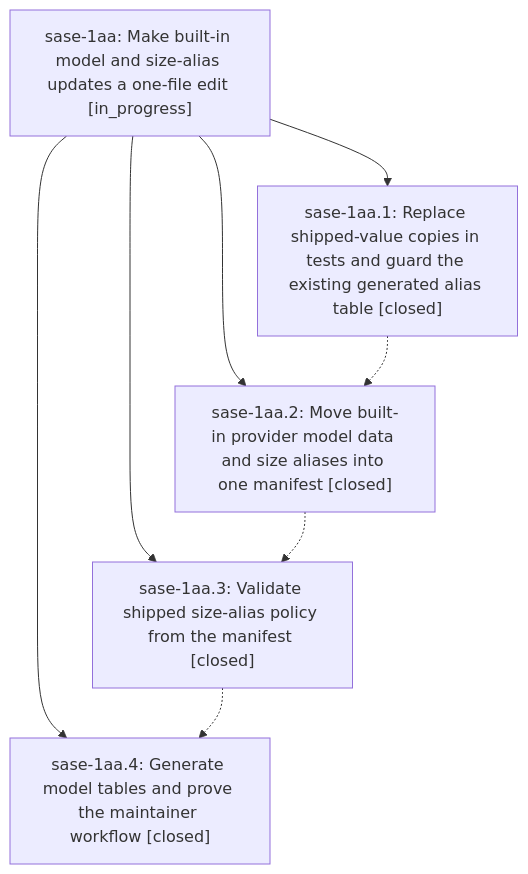
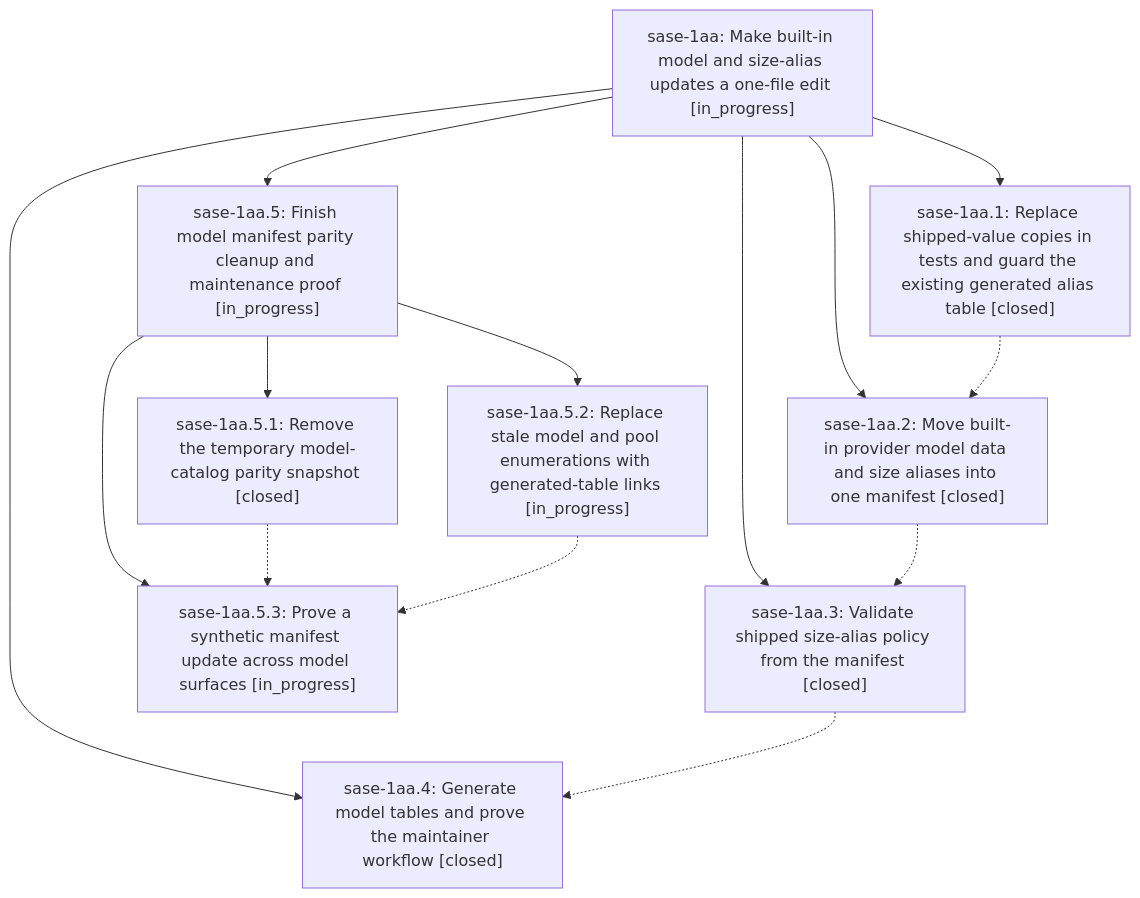
The diagram in pages/sase-1aa/README.md (sase-org/sase--beads), drawn with Mermaid before and after one commit. The commit also changed other lines of this file and 4 other files, not shown here.

````diff
--- a/pages/sase-1aa/README.md
+++ b/pages/sase-1aa/README.md
@@ -25,15 +33,25 @@
 ```mermaid
 flowchart TD
     n0["sase-1aa: Make built-in model and size-alias updates a one-file edit [in_progress]"]
     n1["sase-1aa.1: Replace shipped-value copies in tests and guard the existing generated alias table [closed]"]
     n2["sase-1aa.2: Move built-in provider model data and size aliases into one manifest [closed]"]
     n3["sase-1aa.3: Validate shipped size-alias policy from the manifest [closed]"]
     n4["sase-1aa.4: Generate model tables and prove the maintainer workflow [closed]"]
+    n5["sase-1aa.5: Finish model manifest parity cleanup and maintenance proof [in_progress]"]
+    n6["sase-1aa.5.1: Remove the temporary model-catalog parity snapshot [closed]"]
+    n7["sase-1aa.5.2: Replace stale model and pool enumerations with generated-table links [in_progress]"]
+    n8["sase-1aa.5.3: Prove a synthetic manifest update across model surfaces [in_progress]"]
     n0 --> n1
     n0 --> n2
     n0 --> n3
     n0 --> n4
+    n0 --> n5
+    n5 --> n6
+    n5 --> n7
+    n5 --> n8
     n1 -.-> n2
     n2 -.-> n3
     n3 -.-> n4
+    n6 -.-> n8
+    n7 -.-> n8
 ```
````
